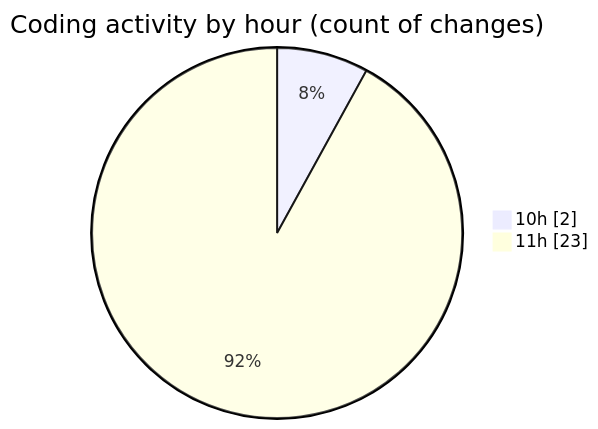
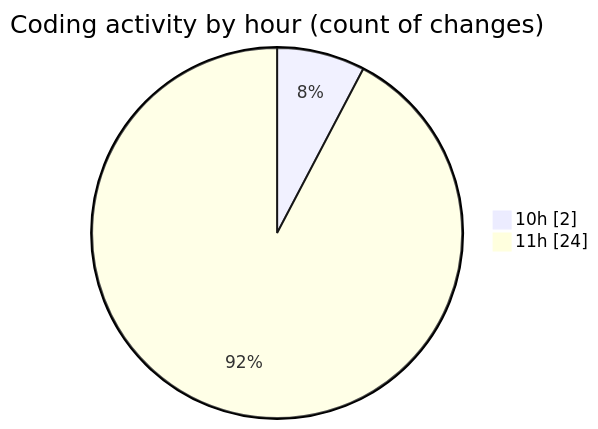
One commit to nxtqubesakshisongat/code-tracking changed the second of 2 diagrams in 2025-05-13/argos-dev/README.md. Above: the diagram before and after it, drawn with Mermaid. The commit also changed other lines of this file and 1 other file, not shown here.

````diff
--- a/2025-05-13/argos-dev/README.md
+++ b/2025-05-13/argos-dev/README.md
@@ -30,6 +30,6 @@
 ```mermaid
 pie showData
 title Coding activity by hour (count of changes)
 "10h" : 2
-"11h" : 23
+"11h" : 24
 ```
````
